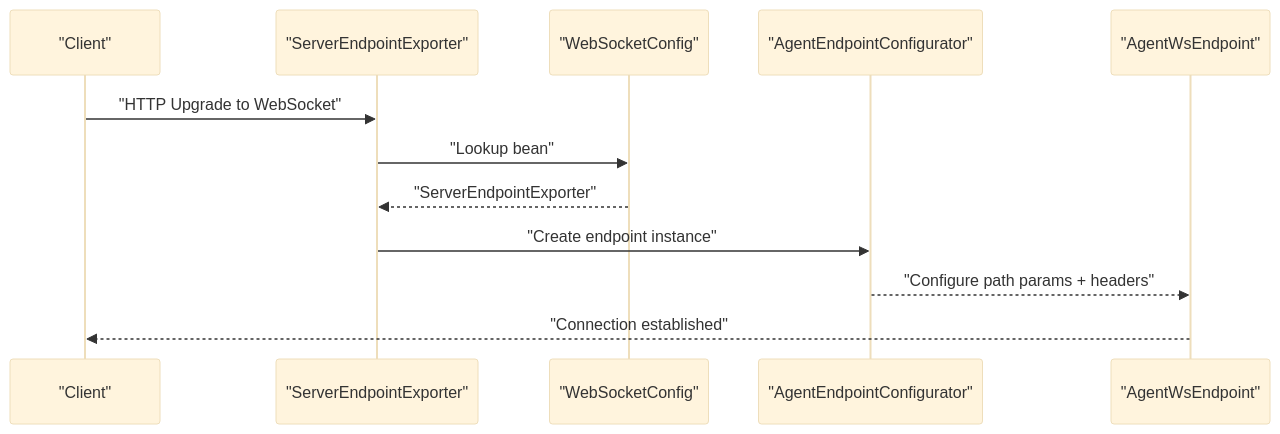
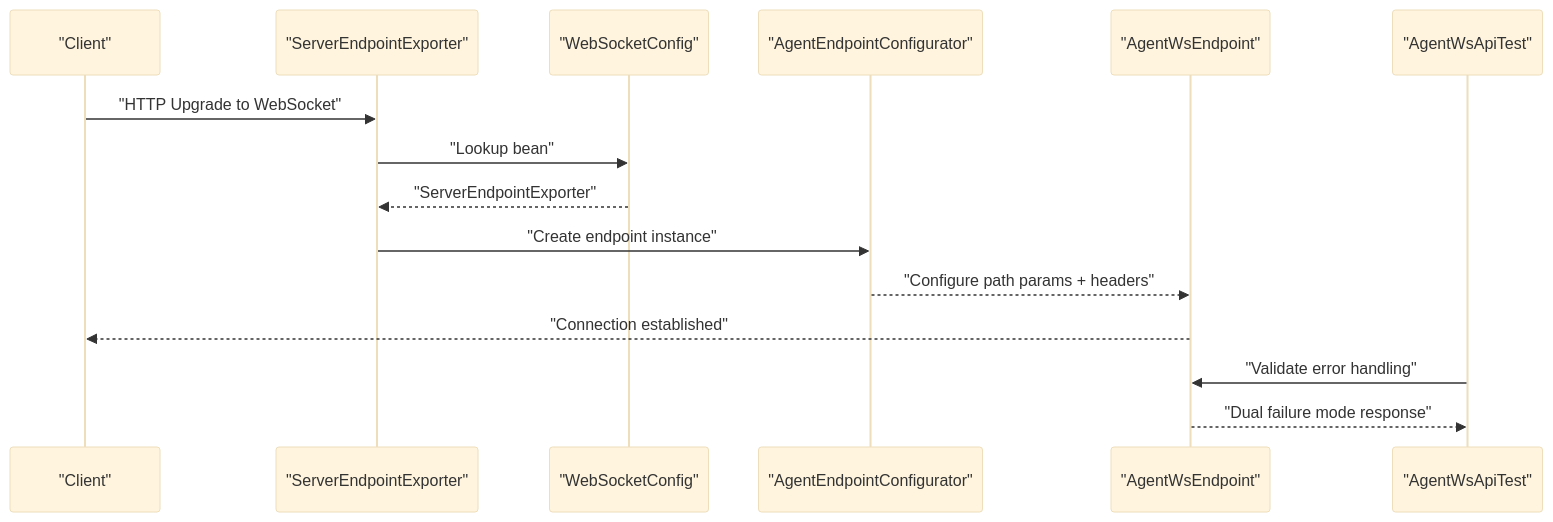
Before and after one commit to alibaba/tron-one-agent: the second of 7 diagrams in .qoder/repowiki/en/content/API Reference/WebSocket API/WebSocket API.md, drawn with Mermaid (base theme). The commit also changed other lines of this file and 6 other files, not shown here.

````diff
--- a/.qoder/repowiki/en/content/API Reference/WebSocket API/WebSocket API.md
+++ b/.qoder/repowiki/en/content/API Reference/WebSocket API/WebSocket API.md
@@ -105,14 +141,17 @@
 ```mermaid
 sequenceDiagram
 participant C as "Client"
 participant SBE as "ServerEndpointExporter"
 participant CFG as "WebSocketConfig"
 participant AE as "AgentEndpointConfigurator"
 participant EP as "AgentWsEndpoint"
+participant TEST as "AgentWsApiTest"
 C->>SBE : "HTTP Upgrade to WebSocket"
 SBE->>CFG : "Lookup bean"
 CFG-->>SBE : "ServerEndpointExporter"
 SBE->>AE : "Create endpoint instance"
 AE-->>EP : "Configure path params + headers"
 EP-->>C : "Connection established"
+TEST->>EP : "Validate error handling"
+EP-->>TEST : "Dual failure mode response"
 ```
````
